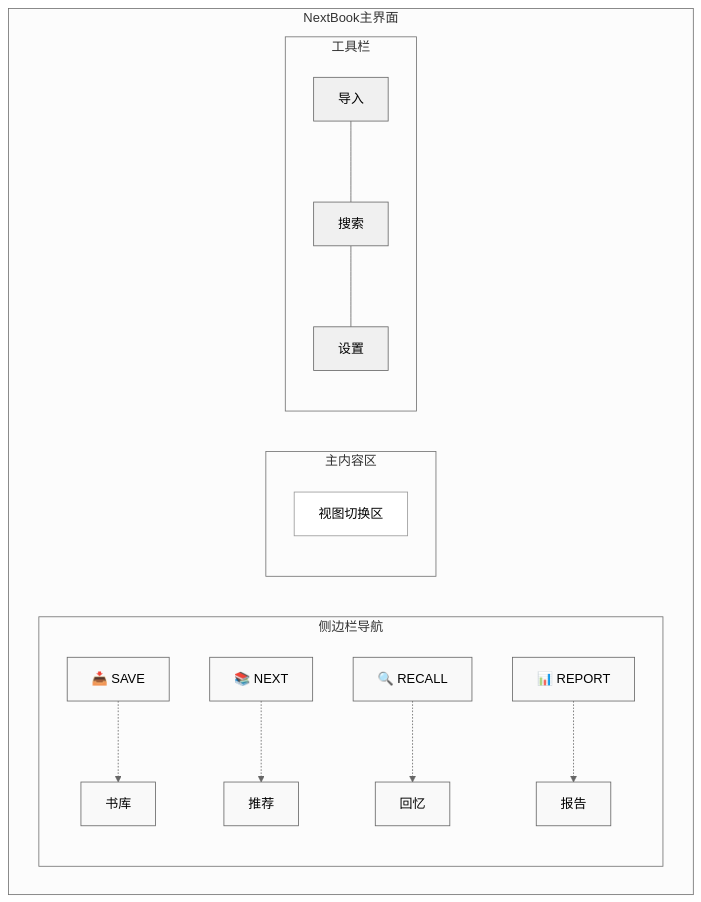
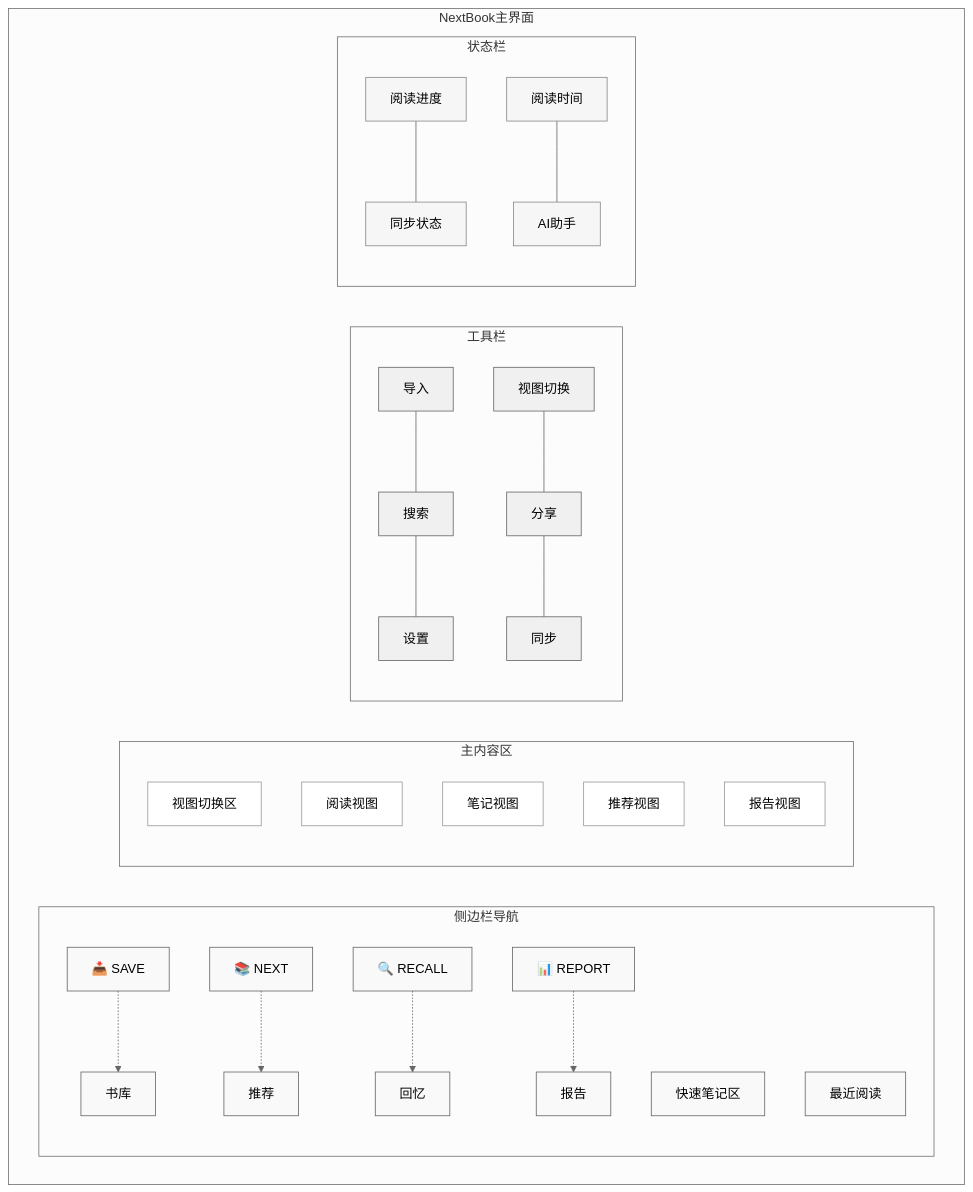
Diagram 11 of 19 in MyStartups/NextBook/README.md (EnigmaWU/MyLLM_Arena), drawn with Mermaid (neutral theme) before and after one commit. The commit also changed other lines of this file, not shown here.

````diff
--- a/MyStartups/NextBook/README.md
+++ b/MyStartups/NextBook/README.md
@@ -534,29 +595,43 @@
 ```mermaid
 graph TD
     subgraph "NextBook主界面"
         direction LR
         
         subgraph "侧边栏导航"
             N1[📥 SAVE] -.-> N5[书库]
             N2[📚 NEXT] -.-> N6[推荐]
             N3[🔍 RECALL] -.-> N7[回忆]
             N4[📊 REPORT] -.-> N8[报告]
+            N9[快速笔记区]
+            N10[最近阅读]
         end
         
         subgraph "主内容区"
             C[视图切换区]
+            C1[阅读视图]
+            C2[笔记视图]
+            C3[推荐视图]
+            C4[报告视图]
         end
         
         subgraph "工具栏"
             T1[导入] --- T2[搜索] --- T3[设置]
+            T4[视图切换] --- T5[分享] --- T6[同步]
+        end
+        
+        subgraph "状态栏"
+            S1[阅读进度] --- S2[同步状态]
+            S3[阅读时间] --- S4[AI助手]
         end
     end
     
     classDef nav fill:#f9f9f9,stroke:#666
     classDef content fill:#ffffff,stroke:#999
     classDef tools fill:#f0f0f0,stroke:#666
+    classDef status fill:#f6f6f6,stroke:#888
     
-    class N1,N2,N3,N4,N5,N6,N7,N8 nav
-    class C content
-    class T1,T2,T3 tools
+    class N1,N2,N3,N4,N5,N6,N7,N8,N9,N10 nav
+    class C,C1,C2,C3,C4 content
+    class T1,T2,T3,T4,T5,T6 tools
+    class S1,S2,S3,S4 status
 ```
````
